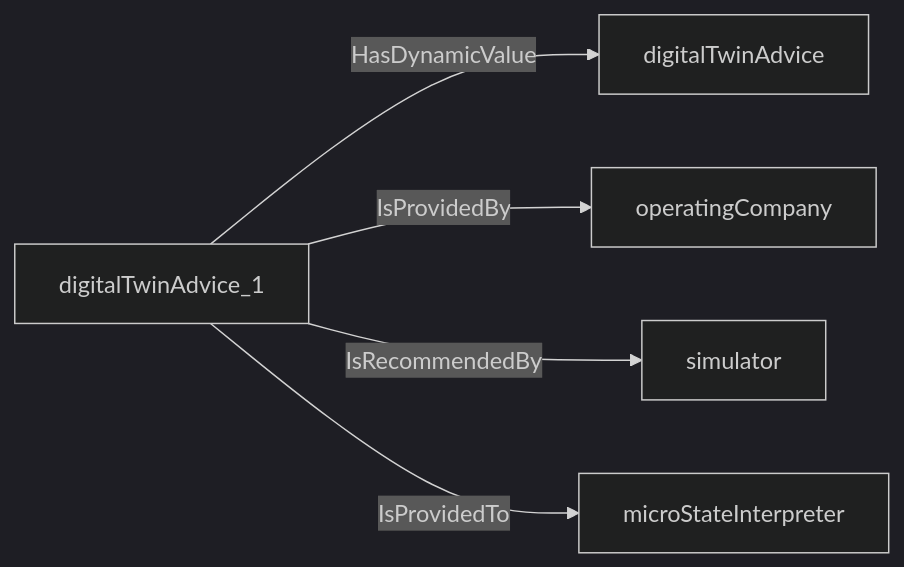
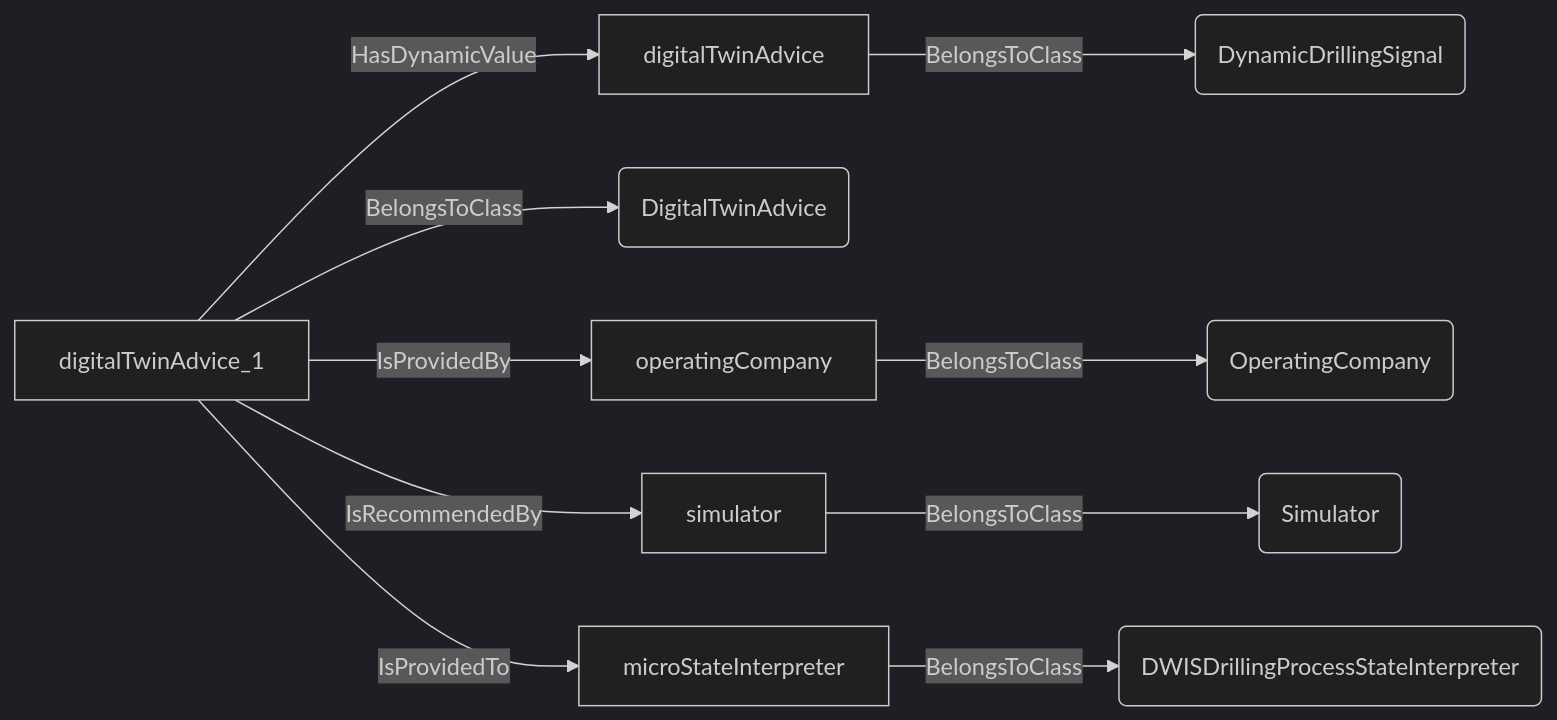
Before and after one commit to D-WIS/DDHub-Semantic-Interoperability: the third of 42 diagrams in docs/vocabulary_development/auto-generated/md/definition-files/AdvisorySystemAdvice.md, drawn with Mermaid (dark theme). The commit also changed other lines of this file and 14 other files, not shown here.

````diff
--- a/docs/vocabulary_development/auto-generated/md/definition-files/AdvisorySystemAdvice.md
+++ b/docs/vocabulary_development/auto-generated/md/definition-files/AdvisorySystemAdvice.md
@@ -86,7 +100,12 @@
 ```mermaid
 graph LR
-	N0000[digitalTwinAdvice_1] -->|HasDynamicValue| N0001[digitalTwinAdvice] 
-	N0000[digitalTwinAdvice_1] -->|IsProvidedBy| N0002[operatingCompany] 
-	N0000[digitalTwinAdvice_1] -->|IsRecommendedBy| N0003[simulator] 
-	N0000[digitalTwinAdvice_1] -->|IsProvidedTo| N0004[microStateInterpreter] 
+	N0000[digitalTwinAdvice] -->|BelongsToClass| N0001(DynamicDrillingSignal) 
+	N0002[digitalTwinAdvice_1] -->|BelongsToClass| N0003(DigitalTwinAdvice) 
+	N0002[digitalTwinAdvice_1] -->|HasDynamicValue| N0000[digitalTwinAdvice] 
+	N0004[operatingCompany] -->|BelongsToClass| N0005(OperatingCompany) 
+	N0002[digitalTwinAdvice_1] -->|IsProvidedBy| N0004[operatingCompany] 
+	N0006[simulator] -->|BelongsToClass| N0007(Simulator) 
+	N0002[digitalTwinAdvice_1] -->|IsRecommendedBy| N0006[simulator] 
+	N0008[microStateInterpreter] -->|BelongsToClass| N0009(DWISDrillingProcessStateInterpreter) 
+	N0002[digitalTwinAdvice_1] -->|IsProvidedTo| N0008[microStateInterpreter] 
 ```
````
